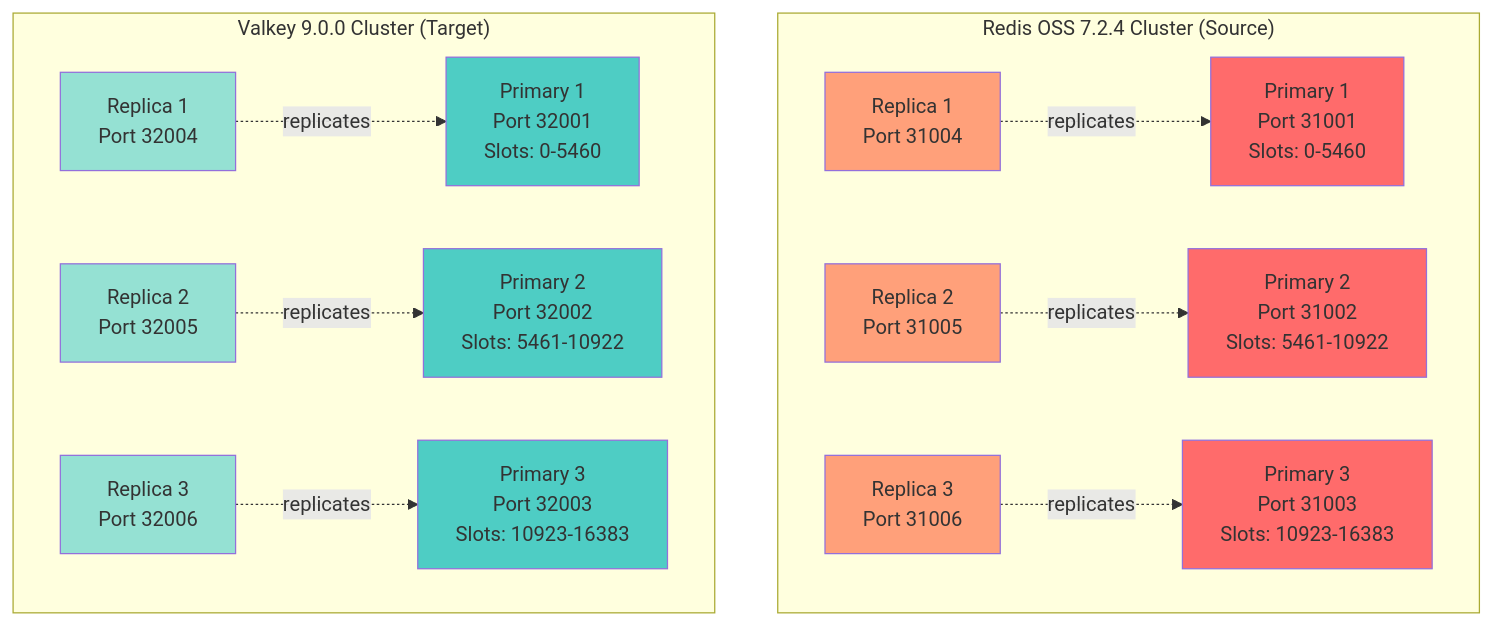
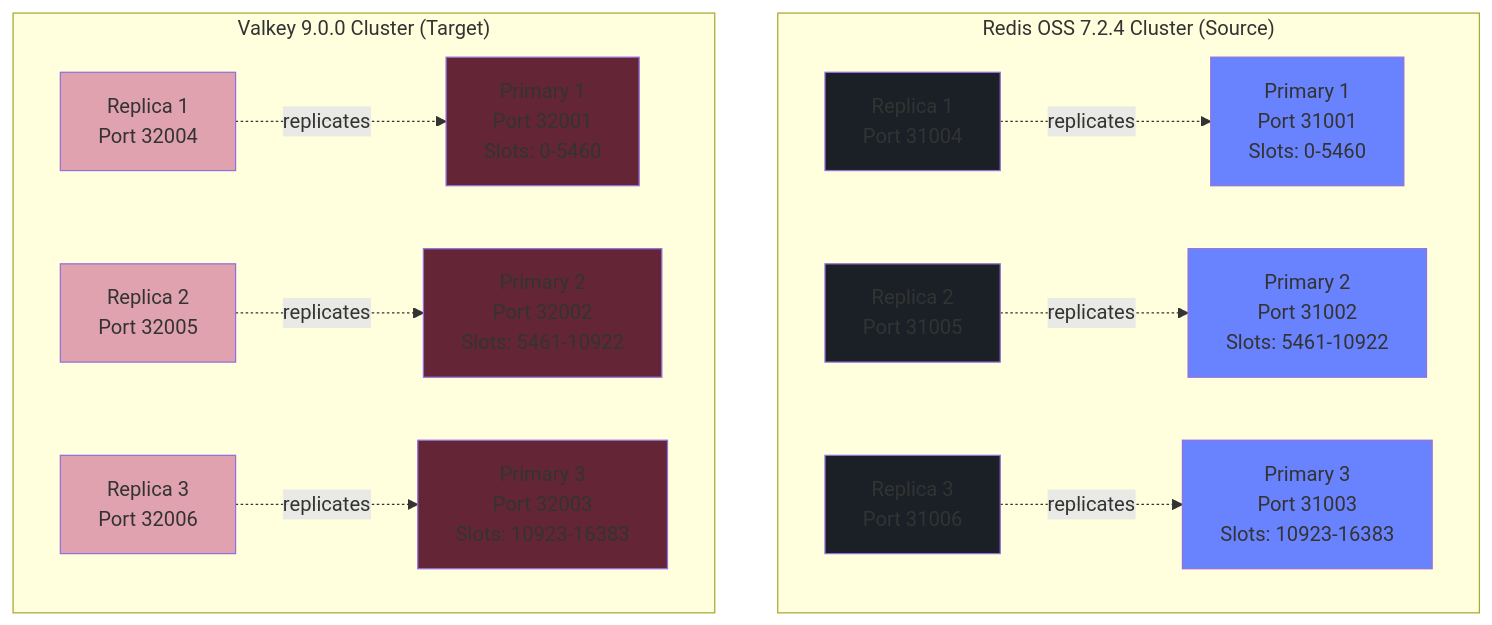
One commit to rlunar/valkey-events-demos changed the first of 3 diagrams in live-migration/RedisShake/binaries/README.md. Above: the diagram before and after it, drawn with Mermaid. The commit also changed other lines of this file, not shown here.

Commit message:
Redis OSS to Valkey Live Migration with RedisShake Docs

````diff
--- a/live-migration/RedisShake/binaries/README.md
+++ b/live-migration/RedisShake/binaries/README.md
@@ -106,42 +106,42 @@
 ```mermaid
 graph TB
     subgraph "Redis OSS 7.2.4 Cluster (Source)"
         R1["Primary 1<br/>Port 31001<br/>Slots: 0-5460"]
         R2["Primary 2<br/>Port 31002<br/>Slots: 5461-10922"]
         R3["Primary 3<br/>Port 31003<br/>Slots: 10923-16383"]
         R4["Replica 1<br/>Port 31004"]
         R5["Replica 2<br/>Port 31005"]
         R6["Replica 3<br/>Port 31006"]
         
         R4 -.->|replicates| R1
         R5 -.->|replicates| R2
         R6 -.->|replicates| R3
     end
     
     subgraph "Valkey 9.0.0 Cluster (Target)"
         V1["Primary 1<br/>Port 32001<br/>Slots: 0-5460"]
         V2["Primary 2<br/>Port 32002<br/>Slots: 5461-10922"]
         V3["Primary 3<br/>Port 32003<br/>Slots: 10923-16383"]
         V4["Replica 1<br/>Port 32004"]
         V5["Replica 2<br/>Port 32005"]
         V6["Replica 3<br/>Port 32006"]
         
         V4 -.->|replicates| V1
         V5 -.->|replicates| V2
         V6 -.->|replicates| V3
     end
     
-    style R1 fill:#ff6b6b
-    style R2 fill:#ff6b6b
-    style R3 fill:#ff6b6b
-    style R4 fill:#ffa07a
-    style R5 fill:#ffa07a
-    style R6 fill:#ffa07a
+    style R1 fill:#6983FF
+    style R2 fill:#6983FF
+    style R3 fill:#6983FF
+    style R4 fill:#1A2026
+    style R5 fill:#1A2026
+    style R6 fill:#1A2026
     
-    style V1 fill:#4ecdc4
-    style V2 fill:#4ecdc4
-    style V3 fill:#4ecdc4
-    style V4 fill:#95e1d3
-    style V5 fill:#95e1d3
-    style V6 fill:#95e1d3
+    style V1 fill:#642637
+    style V2 fill:#642637
+    style V3 fill:#642637
+    style V4 fill:#E0A2AF
+    style V5 fill:#E0A2AF
+    style V6 fill:#E0A2AF
 ```
````
